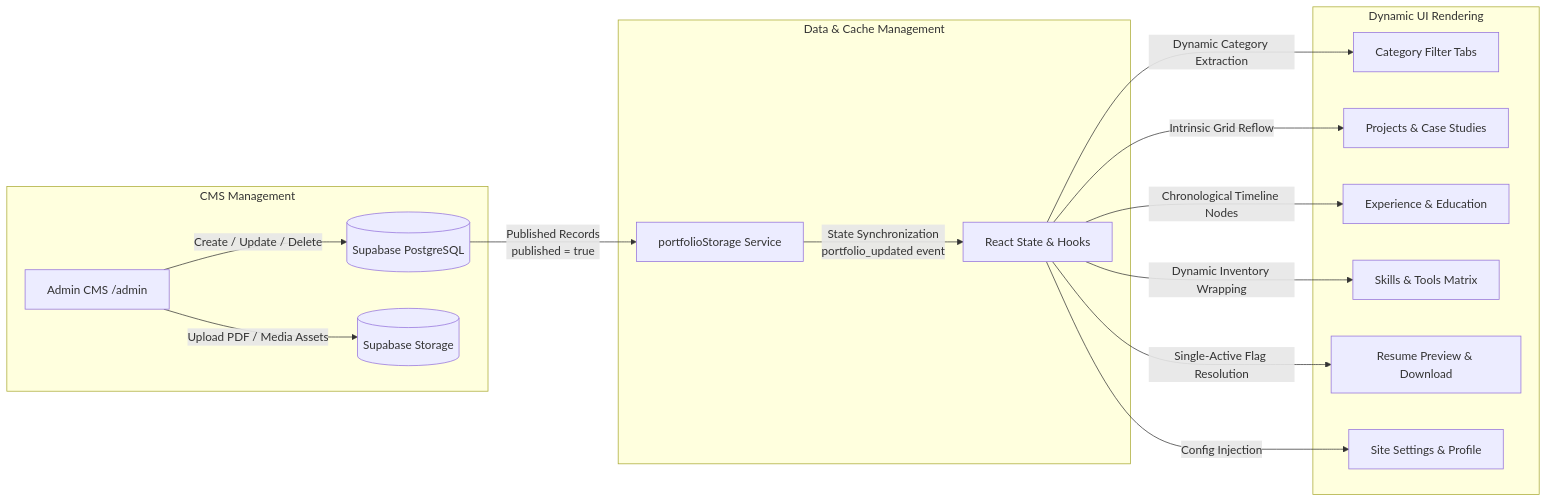
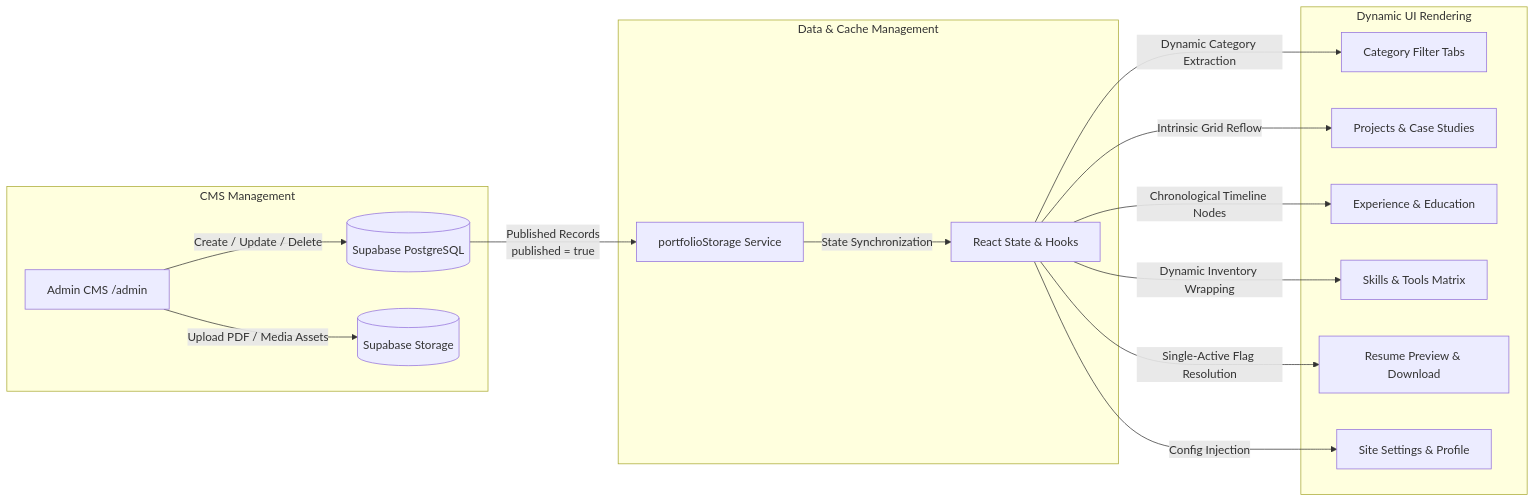
One commit to Avalar06/ayush-dutta-portfolio changed the second of 3 diagrams in README.md. Above: the diagram before and after it, drawn with Mermaid. The commit also changed other lines of this file, not shown here.

````diff
--- a/README.md
+++ b/README.md
@@ -61,21 +78,21 @@
 ```mermaid
 flowchart LR
     subgraph CMS Management
         Admin[Admin CMS /admin] -->|Create / Update / Delete| SupaDB[(Supabase PostgreSQL)]
         Admin -->|Upload PDF / Media Assets| SupaStore[(Supabase Storage)]
     end
 
     subgraph Data & Cache Management
         SupaDB -->|Published Records\npublished = true| StorageService[portfolioStorage Service]
-        StorageService -->|State Synchronization\nportfolio_updated event| ReactState[React State & Hooks]
+        StorageService -->|State Synchronization| ReactState[React State & Hooks]
     end
 
     subgraph Dynamic UI Rendering
         ReactState -->|Dynamic Category Extraction| FilterTabs[Category Filter Tabs]
         ReactState -->|Intrinsic Grid Reflow| ProjectGrid[Projects & Case Studies]
         ReactState -->|Chronological Timeline Nodes| CareerTimeline[Experience & Education]
         ReactState -->|Dynamic Inventory Wrapping| SkillMatrix[Skills & Tools Matrix]
         ReactState -->|Single-Active Flag Resolution| ResumeViewer[Resume Preview & Download]
         ReactState -->|Config Injection| SiteMeta[Site Settings & Profile]
     end
 ```
````
